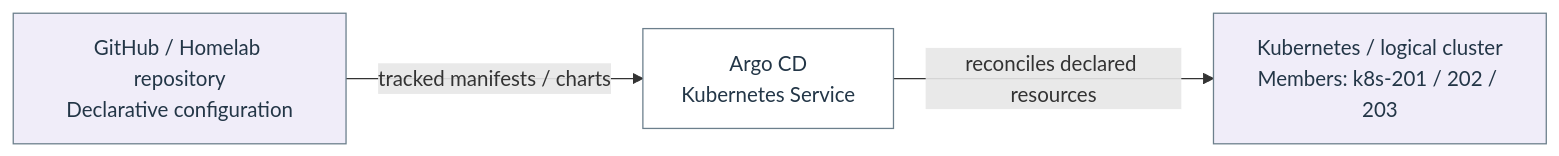
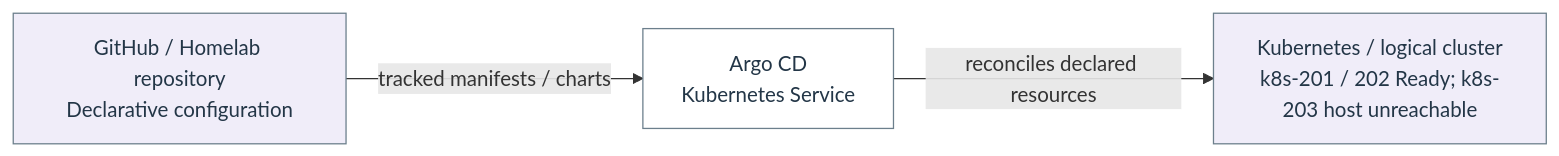
The diagram in docs/architecture/flow-17.mmd (Harsh-2002/Homelab), drawn with Mermaid before and after one commit. The commit also changed 27 other files, not shown here.

```diff
--- a/docs/architecture/flow-17.mmd
+++ b/docs/architecture/flow-17.mmd
@@ -1,10 +1,10 @@
 flowchart LR
   n_flow_17_0["GitHub / Homelab repository<br/>Declarative configuration"]
   n_flow_17_1["Argo CD<br/>Kubernetes Service"]
-  n_flow_17_2["Kubernetes / logical cluster<br/>Members: k8s-201 / 202 / 203"]
+  n_flow_17_2["Kubernetes / logical cluster<br/>k8s-201 / 202 Ready; k8s-203 host unreachable"]
   n_flow_17_0 -->|"tracked manifests / charts"| n_flow_17_1
   n_flow_17_1 -->|"reconciles declared resources"| n_flow_17_2
   classDef c_flow_17_0 fill:#f0edf9,stroke:#6c7f8c,color:#233647;
   class n_flow_17_0,n_flow_17_2 c_flow_17_0;
   classDef c_flow_17_1 fill:#ffffff,stroke:#6c7f8c,color:#233647;
   class n_flow_17_1 c_flow_17_1;
```
